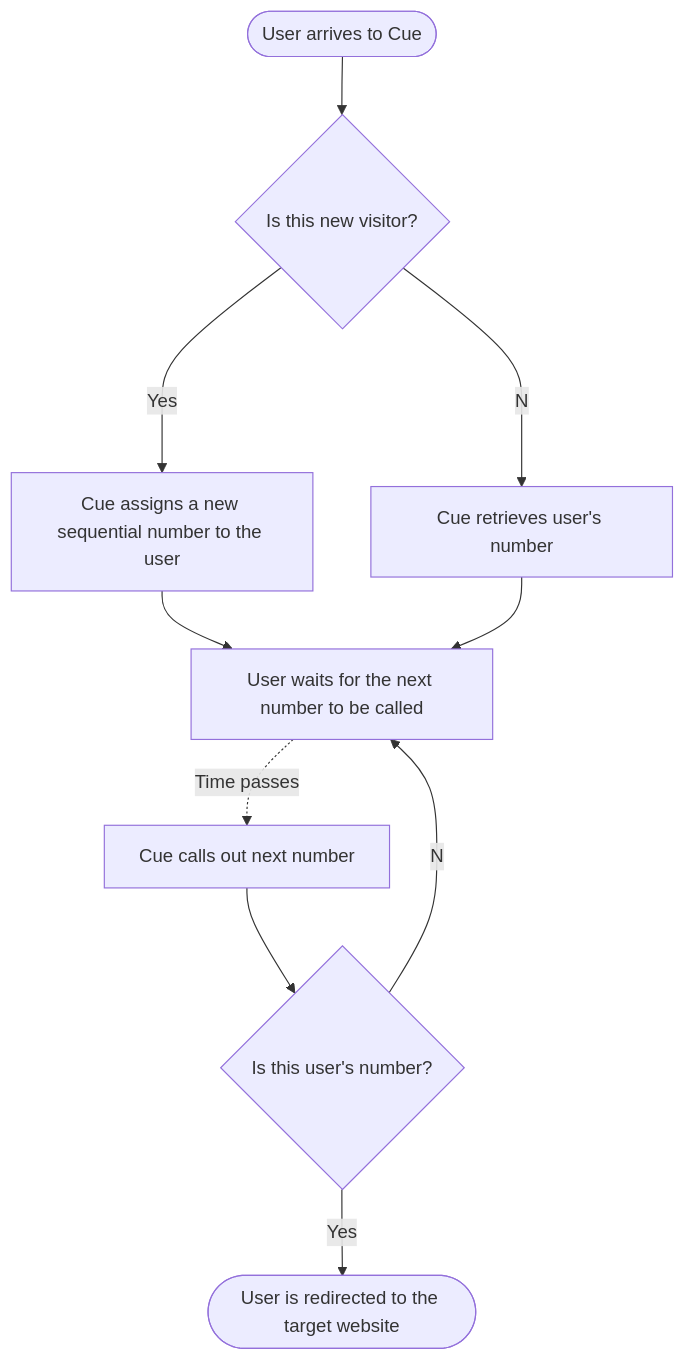
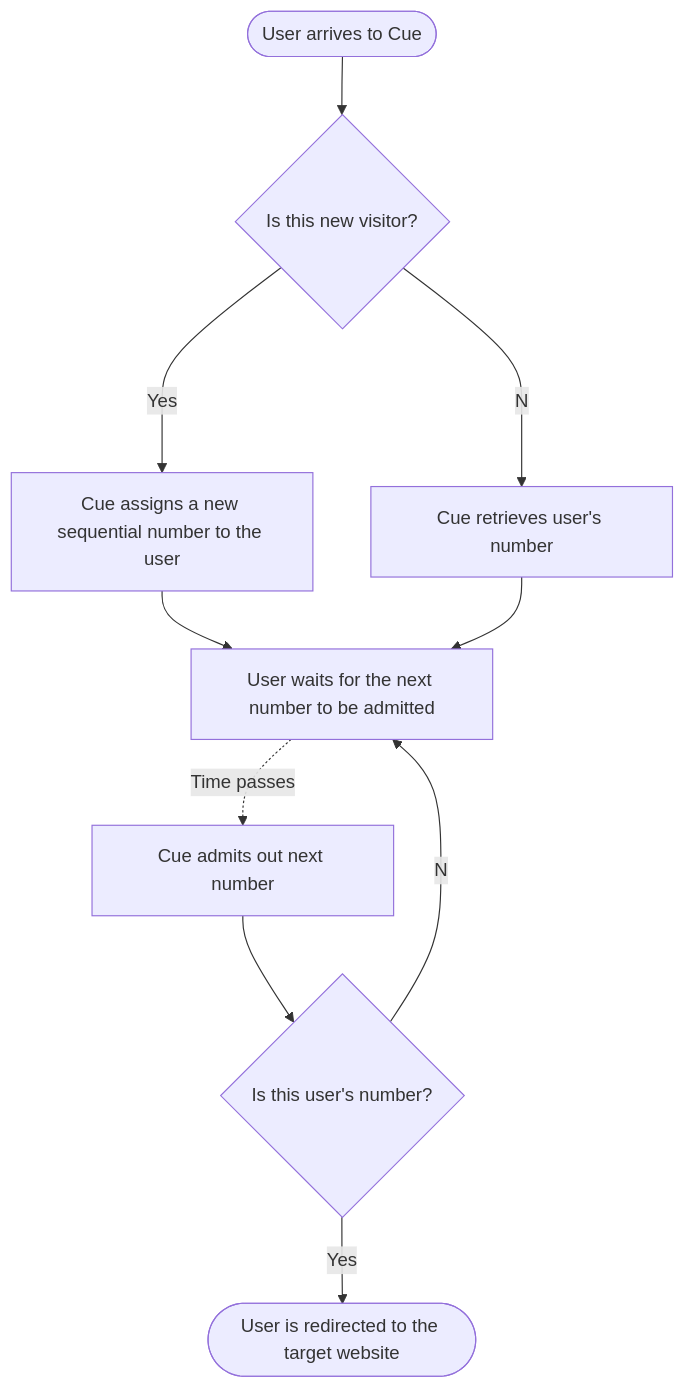
One commit to oinopion/cue changed the diagram in docs/ARCHITECTURE.md. Above: the diagram before and after it, drawn with Mermaid. The commit also changed other lines of this file, not shown here.

Commit message:
Change wording from "call out" to "admit"

````diff
--- a/docs/ARCHITECTURE.md
+++ b/docs/ARCHITECTURE.md
@@ -12,12 +12,12 @@
 ```mermaid
 flowchart TD
   Start([User arrives to Cue]) --> IsNew{Is this new visitor?}
   IsNew --Yes--> Assign[Cue assigns a new sequential number to the user]
   IsNew --No--> Retrieve[Cue retrieves user's number]
-  Assign --> Wait[User waits for the next number to be called]
+  Assign --> Wait[User waits for the next number to be admitted]
   Retrieve --> Wait
   Wait -. Time passes .-> Next
-  Next[Cue calls out next number] --> IsMatch{Is this user's number?}
+  Next[Cue admits out next number] --> IsMatch{Is this user's number?}
   IsMatch --No--> Wait
   IsMatch --Yes--> Redirect([User is redirected to the target website])
 ```
````
